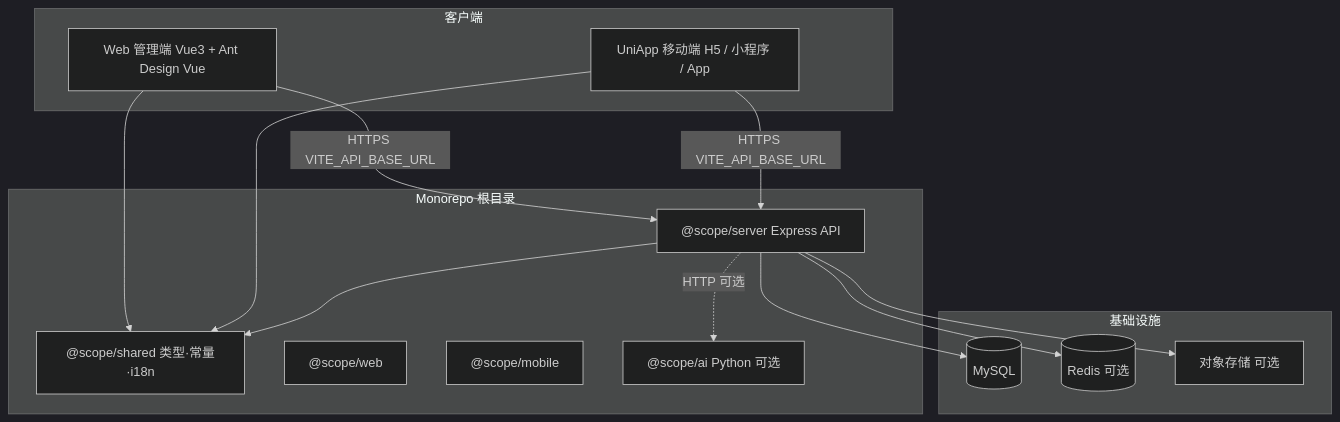
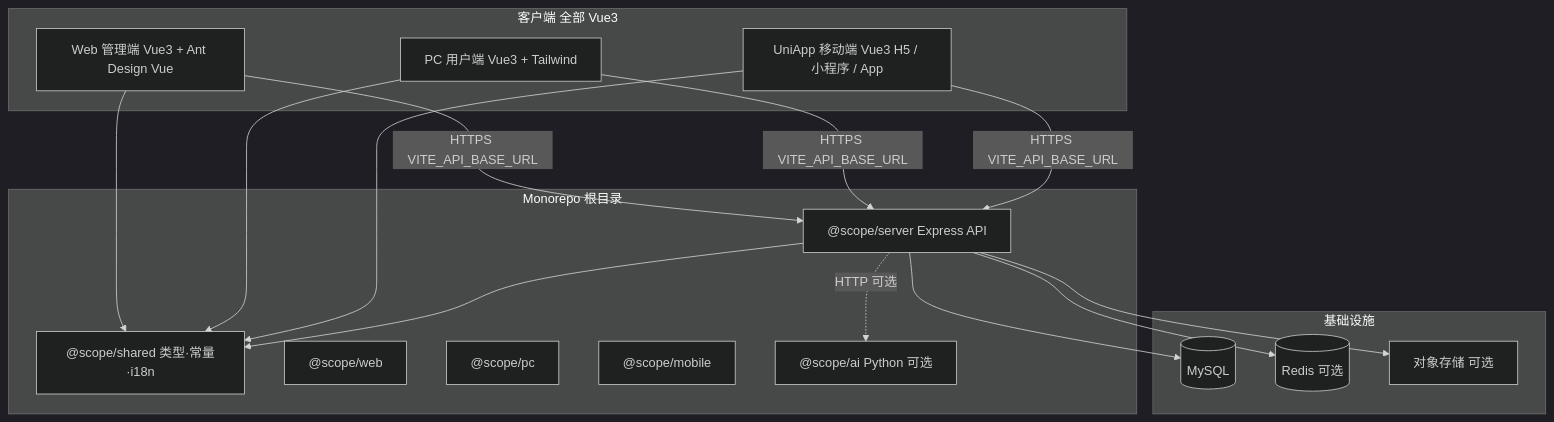
Before and after one commit to yxtao-lab/douxing: the diagram in docs/项目框架架构-AI模板.md, drawn with Mermaid (dark theme). The commit also changed other lines of this file and 3 other files, not shown here.

````diff
--- a/docs/项目框架架构-AI模板.md
+++ b/docs/项目框架架构-AI模板.md
@@ -42,31 +44,35 @@
 ```mermaid
 flowchart TB
-  subgraph clients [客户端]
+  subgraph clients [客户端 全部 Vue3]
     Web[Web 管理端 Vue3 + Ant Design Vue]
-    Mobile[UniApp 移动端 H5 / 小程序 / App]
+    Pc[PC 用户端 Vue3 + Tailwind]
+    Mobile[UniApp 移动端 Vue3 H5 / 小程序 / App]
   end
 
   subgraph monorepo [Monorepo 根目录]
     Shared["@scope/shared 类型·常量·i18n"]
     Server["@scope/server Express API"]
     WebPkg["@scope/web"]
+    PcPkg["@scope/pc"]
     MobilePkg["@scope/mobile"]
     AiOpt["@scope/ai Python 可选"]
   end
 
   subgraph infra [基础设施]
     MySQL[(MySQL)]
     Redis[(Redis 可选)]
     OSS[对象存储 可选]
   end
 
   Web --> Shared
+  Pc --> Shared
   Mobile --> Shared
   Web -->|HTTPS VITE_API_BASE_URL| Server
+  Pc -->|HTTPS VITE_API_BASE_URL| Server
   Mobile -->|HTTPS VITE_API_BASE_URL| Server
   Server --> Shared
   Server --> MySQL
   Server --> Redis
   Server --> OSS
   Server -.->|HTTP 可选| AiOpt
 ```
````
